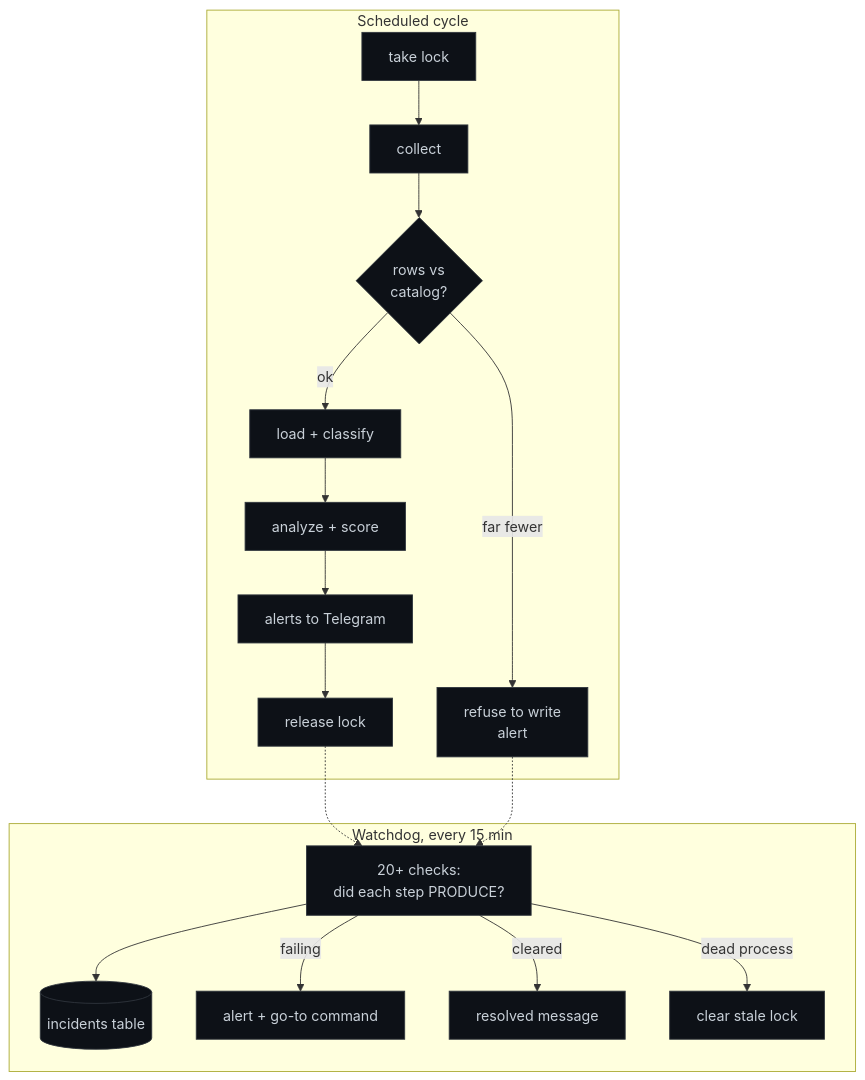
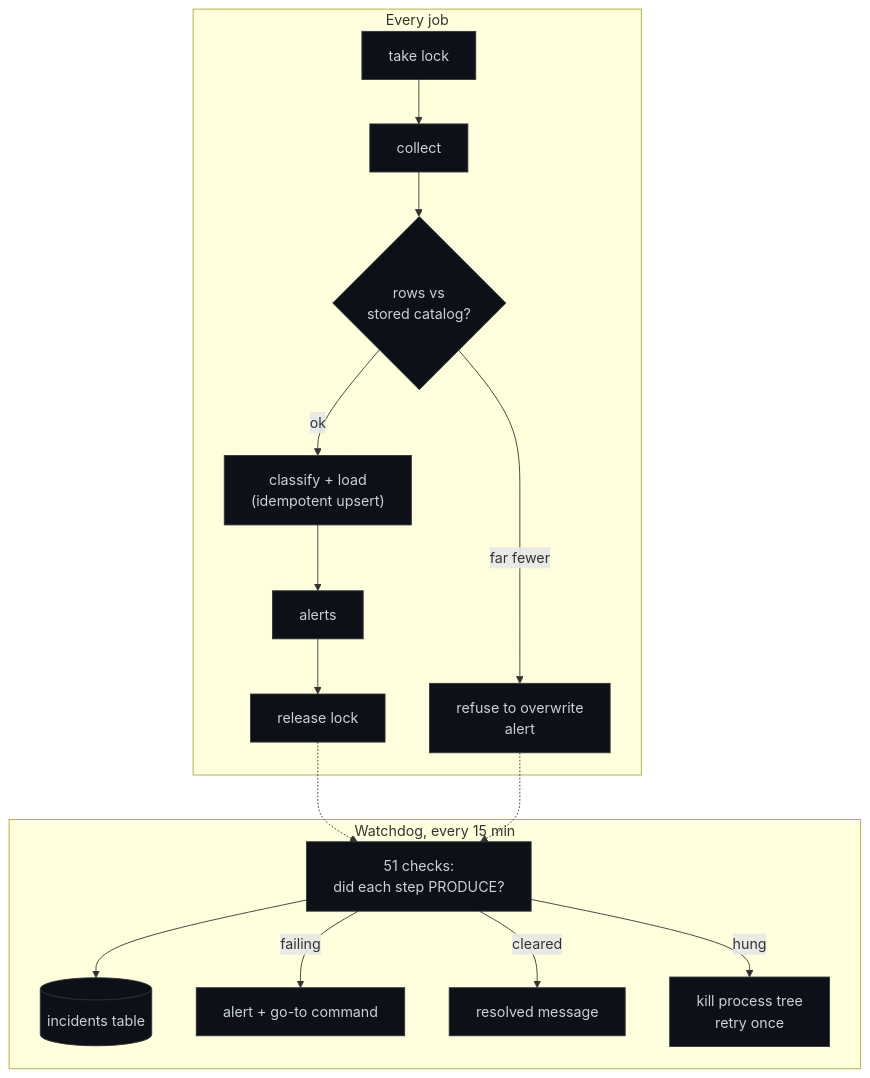
Before and after one commit to miguelmoga2002-alt/market-intelligence-agent: the third of 4 diagrams in README.md, drawn with Mermaid. The commit also changed other lines of this file and 6 other files, not shown here.

````diff
--- a/README.md
+++ b/README.md
@@ -159,18 +164,18 @@
 ```mermaid
 flowchart TD
-    subgraph cycle["Scheduled cycle"]
-        L["take lock"] --> SC["collect"] --> GD{"rows vs<br/>catalog?"}
-        GD -- "far fewer" --> RF["refuse to write<br/>alert"]
-        GD -- "ok" --> LD["load + classify"] --> AN["analyze + score"] --> AL["alerts to Telegram"] --> UL["release lock"]
+    subgraph cycle["Every job"]
+        L["take lock"] --> SC["collect"] --> GD{"rows vs<br/>stored catalog?"}
+        GD -- "far fewer" --> RF["refuse to overwrite<br/>alert"]
+        GD -- "ok" --> LD["classify + load<br/>(idempotent upsert)"] --> AL["alerts"] --> UL["release lock"]
     end
     subgraph wd["Watchdog, every 15 min"]
-        CK["20+ checks:<br/>did each step PRODUCE?"] --> INC[("incidents table")]
-        CK -- "failing" --> TG["alert + go-to command"]
-        CK -- "cleared" --> RS["resolved message"]
-        CK -- "dead process" --> CL["clear stale lock"]
+        CK["51 checks:<br/>did each step PRODUCE?"] --> INC[("incidents table")]
+        CK -- failing --> TG["alert + go-to command"]
+        CK -- cleared --> RS["resolved message"]
+        CK -- hung --> KL["kill process tree<br/>retry once"]
     end
     UL -.-> CK
     RF -.-> CK
     classDef s fill:#0d1117,stroke:#30363d,color:#c9d1d9;
-    class L,SC,GD,RF,LD,AN,AL,UL,CK,INC,TG,RS,CL s;
+    class L,SC,GD,RF,LD,AL,UL,CK,INC,TG,RS,KL s;
 ```
````
